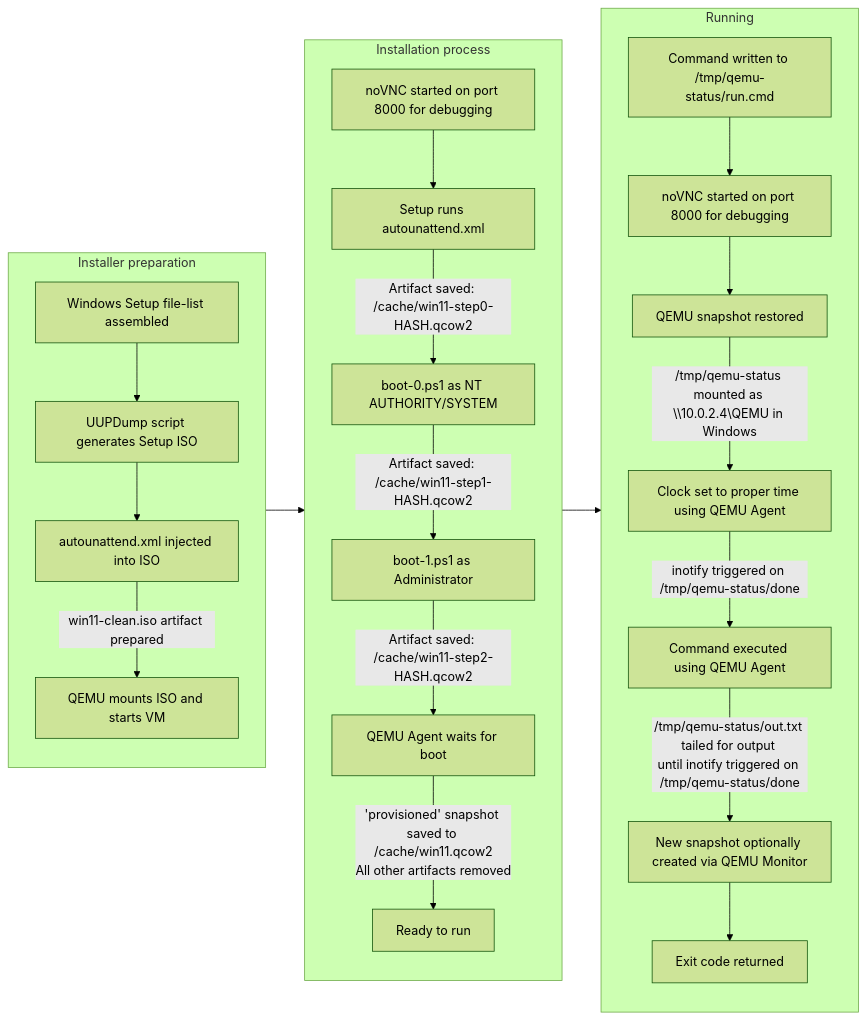
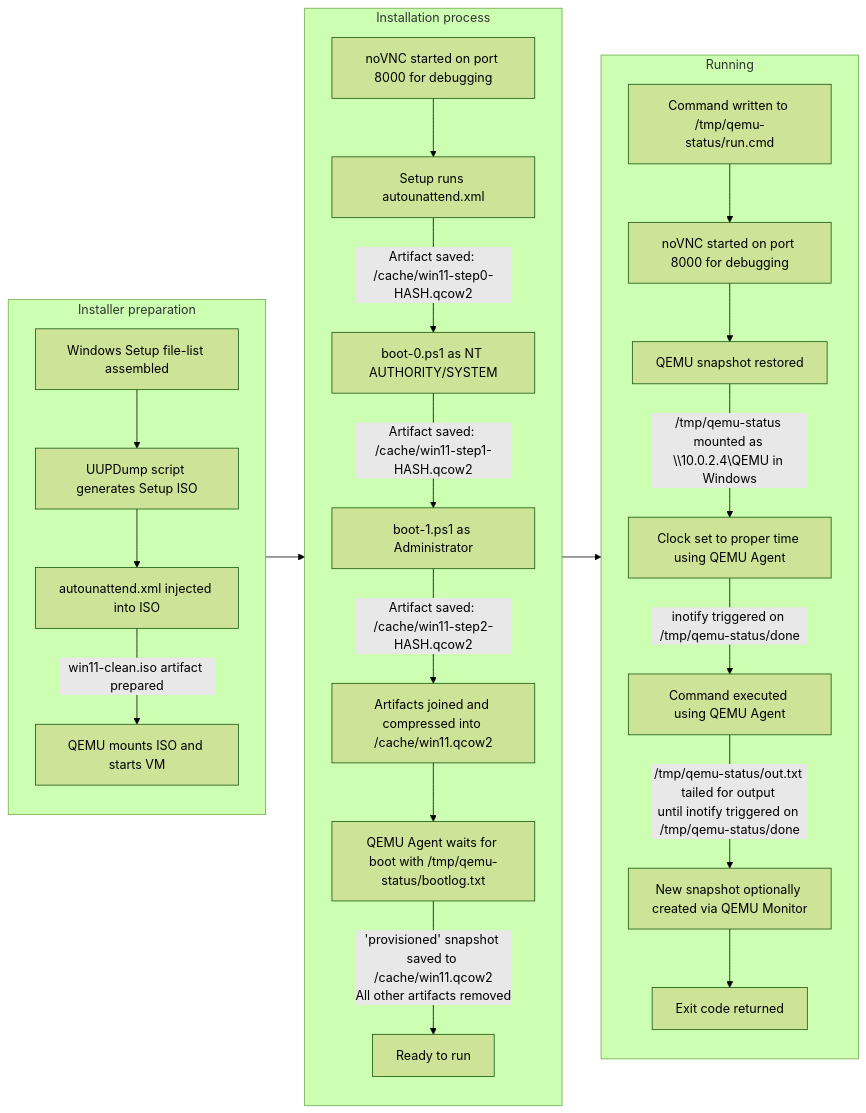
The first of 5 diagrams in README.md (lg/osrun), drawn with Mermaid (forest theme) before and after one commit. The commit also changed other lines of this file and 2 other files, not shown here.

Commit message:
now using backing images for artifacts and better waiting for bootup before snapshotting

````diff
--- a/README.md
+++ b/README.md
@@ -61,45 +67,47 @@
 ```mermaid
 flowchart LR
   subgraph Z["Installer preparation"]
     A["Windows Setup file-list assembled"]
     -->
     A1["UUPDump script generates Setup ISO"]
     -->
     A2["autounattend.xml injected into ISO"]
     --"win11-clean.iso artifact prepared"-->
     A3["QEMU mounts ISO and starts VM"]
   end
 
   subgraph ZA["Installation process"]
     B-1["noVNC started on port 8000 for debugging"]
     -->
     B["Setup runs autounattend.xml"]
     --Artifact saved: /cache/win11-step0-HASH.qcow2-->
     B1["boot-0.ps1 as NT AUTHORITY/SYSTEM"]
     --Artifact saved: /cache/win11-step1-HASH.qcow2-->
     B2["boot-1.ps1 as Administrator"]
     --Artifact saved: /cache/win11-step2-HASH.qcow2-->
-    B3["QEMU Agent waits for boot"]
+    B2.1["Artifacts joined and compressed into /cache/win11.qcow2"]
+    -->
+    B3["QEMU Agent waits for boot with /tmp/qemu-status/bootlog.txt"]
     --'provisioned' snapshot saved to /cache/win11.qcow2\nAll other artifacts removed-->
     B4["Ready to run"]
   end
 
   subgraph ZB["Running"]
     C["Command written to /tmp/qemu-status/run.cmd"]
     -->
     C0["noVNC started on port 8000 for debugging"]
     -->
     C1["QEMU snapshot restored"]
     --/tmp/qemu-status mounted as \\10.0.2.4\QEMU in Windows-->
     C2["Clock set to proper time using QEMU Agent"]
     --inotify triggered on /tmp/qemu-status/done-->
     C3["Command executed using QEMU Agent"]
     --/tmp/qemu-status/out.txt tailed for output \nuntil inotify triggered on /tmp/qemu-status/done-->
     C4["New snapshot optionally created via QEMU Monitor"]
     -->
     C5["Exit code returned"]
   end
 
   Z-->ZA
   ZA-->ZB
 ```
````
